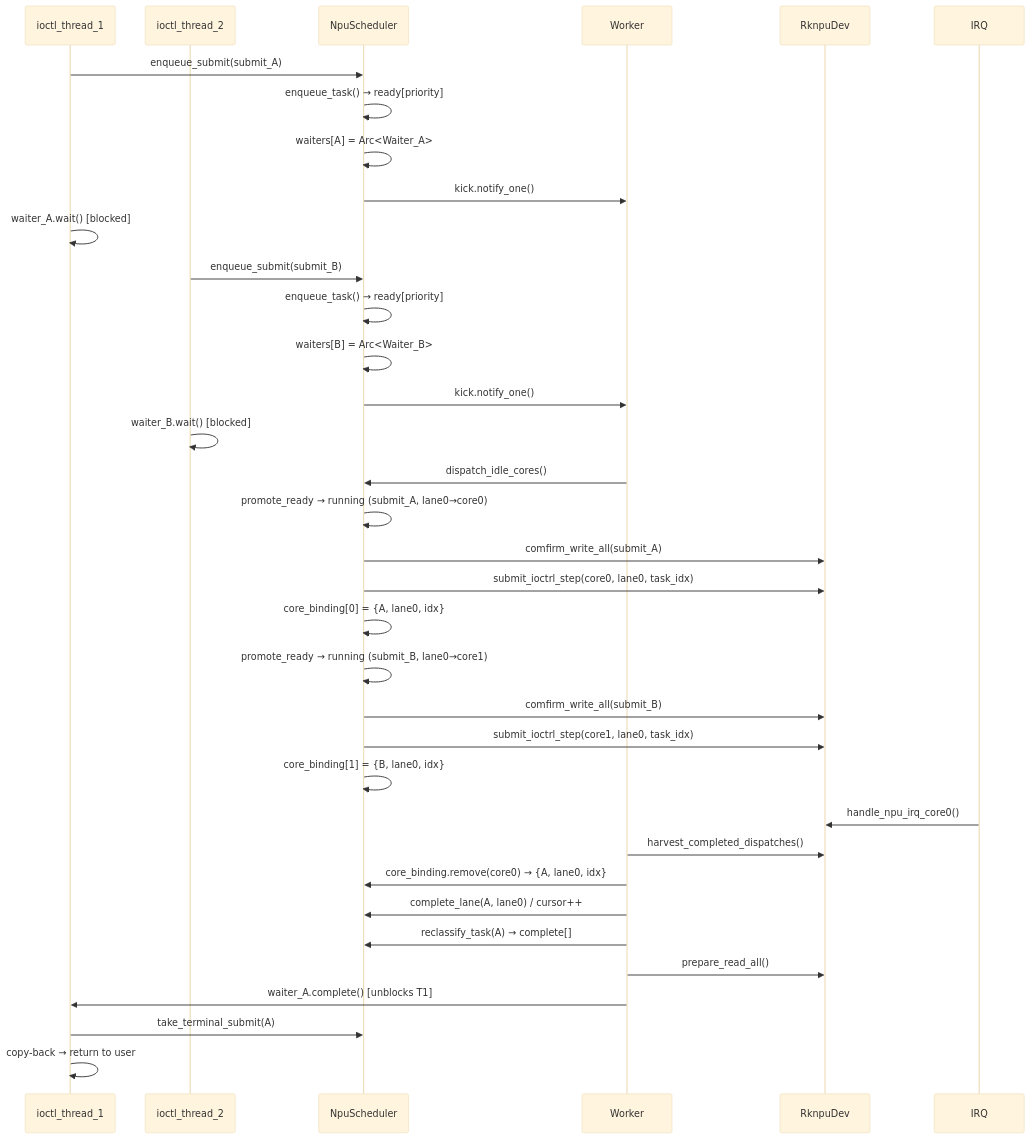
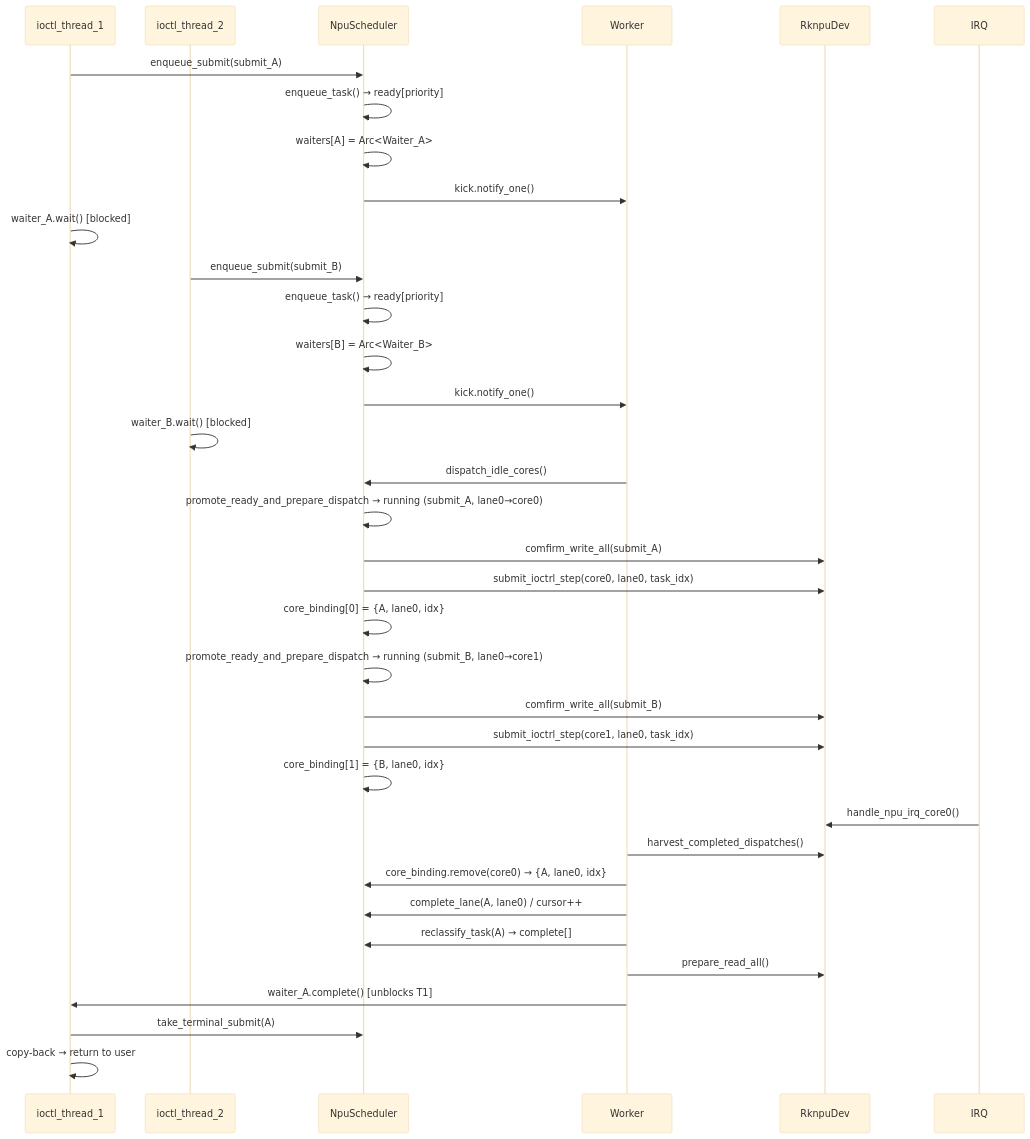
The first of 2 diagrams in docs/src/develop_log/RKNPU技术报告.md (qc-gpu-driver/starryos-pulsar), drawn with Mermaid (base theme) before and after one commit. The commit also changed other lines of this file, not shown here.

Commit message:
docs: fix AC-1 and AC-2 issues from Codex review
- Add missing project-value paragraph after capability list (AC-1)
- Add missing rknpu-regs maintainability conclusion (AC-1)
- Fix Figure 1: promote_ready → promote_ready_and_prepare_dispatch (AC-2)

````diff
--- a/docs/src/develop_log/RKNPU技术报告.md
+++ b/docs/src/develop_log/RKNPU技术报告.md
@@ -257,43 +259,43 @@
 ```mermaid
 sequenceDiagram
     participant T1 as ioctl_thread_1
     participant T2 as ioctl_thread_2
     participant S as NpuScheduler
     participant W as Worker
     participant D as RknpuDev
     participant I as IRQ
 
     T1->>S: enqueue_submit(submit_A)
     S->>S: enqueue_task() → ready[priority]
     S->>S: waiters[A] = Arc<Waiter_A>
     S->>W: kick.notify_one()
     T1->>T1: waiter_A.wait() [blocked]
 
     T2->>S: enqueue_submit(submit_B)
     S->>S: enqueue_task() → ready[priority]
     S->>S: waiters[B] = Arc<Waiter_B>
     S->>W: kick.notify_one()
     T2->>T2: waiter_B.wait() [blocked]
 
     W->>S: dispatch_idle_cores()
-    S->>S: promote_ready → running (submit_A, lane0→core0)
+    S->>S: promote_ready_and_prepare_dispatch → running (submit_A, lane0→core0)
     S->>D: comfirm_write_all(submit_A)
     S->>D: submit_ioctrl_step(core0, lane0, task_idx)
     S->>S: core_binding[0] = {A, lane0, idx}
 
-    S->>S: promote_ready → running (submit_B, lane0→core1)
+    S->>S: promote_ready_and_prepare_dispatch → running (submit_B, lane0→core1)
     S->>D: comfirm_write_all(submit_B)
     S->>D: submit_ioctrl_step(core1, lane0, task_idx)
     S->>S: core_binding[1] = {B, lane0, idx}
 
     I->>D: handle_npu_irq_core0()
     W->>D: harvest_completed_dispatches()
     W->>S: core_binding.remove(core0) → {A, lane0, idx}
     W->>S: complete_lane(A, lane0) / cursor++
     W->>S: reclassify_task(A) → complete[]
     W->>D: prepare_read_all()
     W->>T1: waiter_A.complete() [unblocks T1]
 
     T1->>S: take_terminal_submit(A)
     T1->>T1: copy-back → return to user
 ```
````
